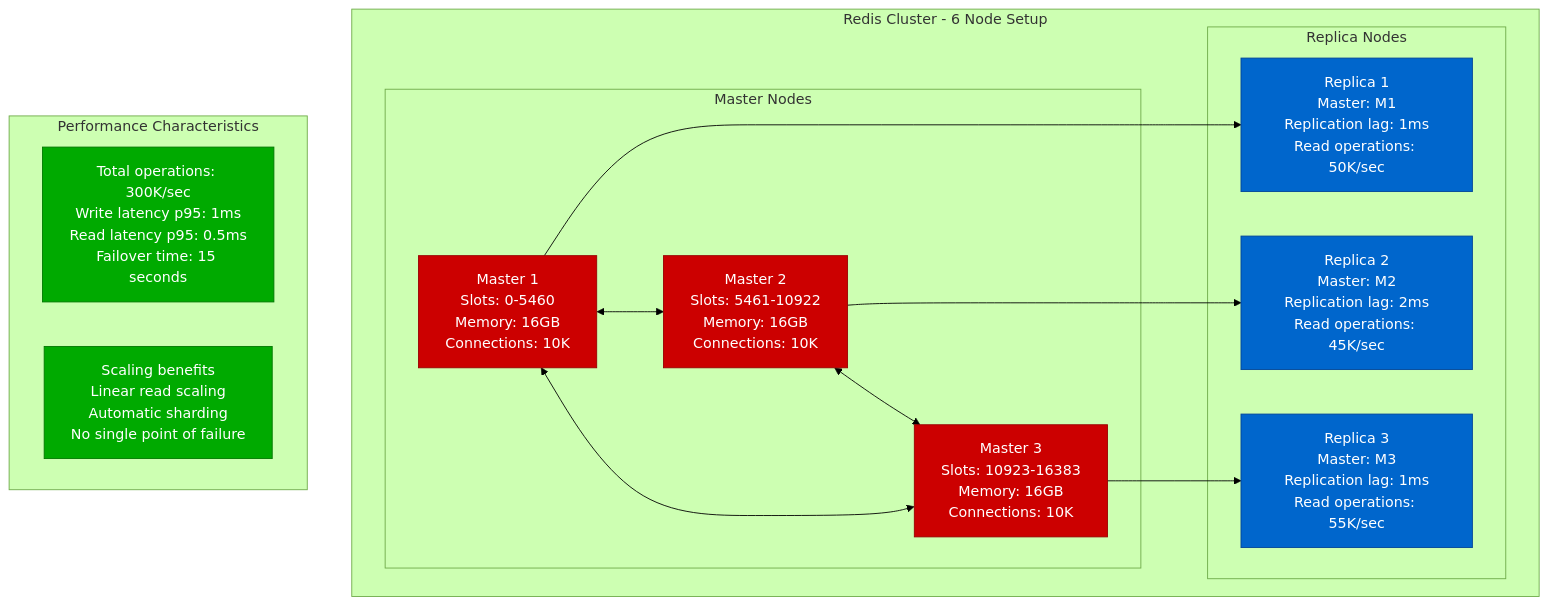
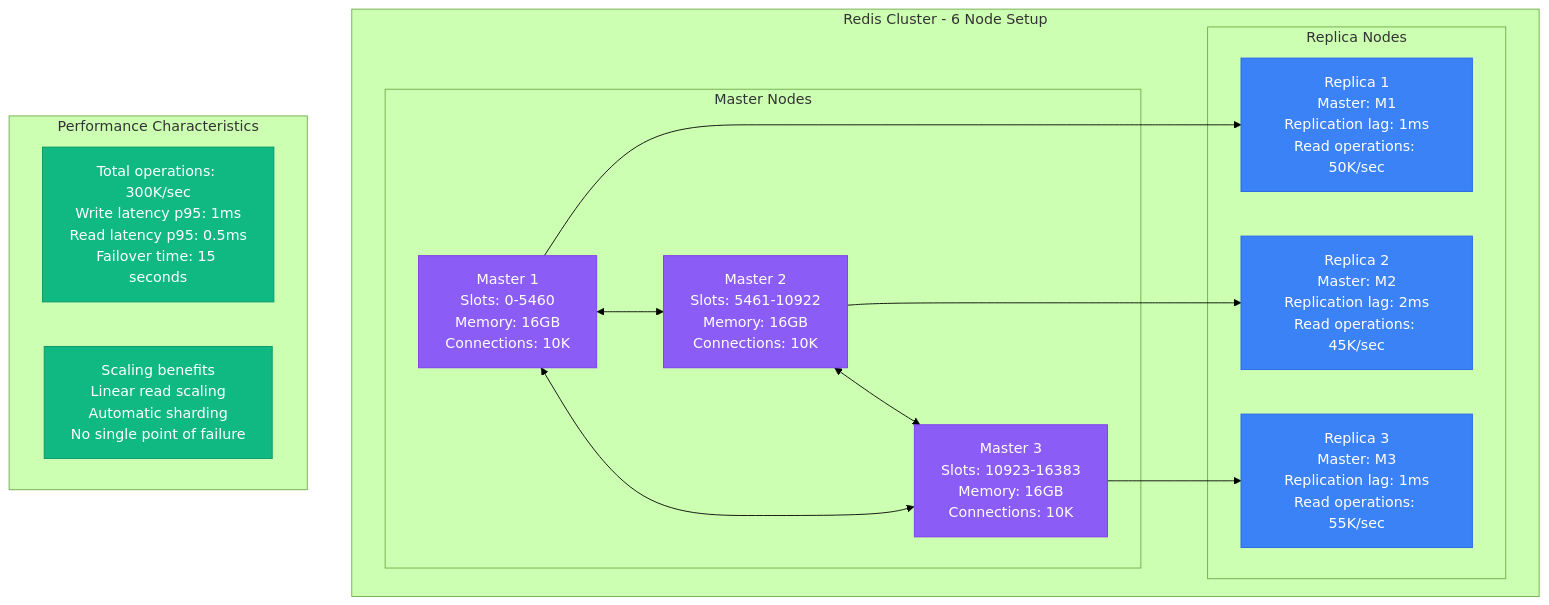
Before and after one commit to deepaucksharma/DS: the first of 15 diagrams in site/docs/performance/redis-performance-profile.md, drawn with Mermaid (forest theme). The commit also changed other lines of this file and 303 other files, not shown here.

````diff
--- a/site/docs/performance/redis-performance-profile.md
+++ b/site/docs/performance/redis-performance-profile.md
@@ -11,38 +11,38 @@
 ```mermaid
 graph TB
     subgraph "Redis Cluster - 6 Node Setup"
         subgraph "Master Nodes"
             M1[Master 1<br/>Slots: 0-5460<br/>Memory: 16GB<br/>Connections: 10K]
             M2[Master 2<br/>Slots: 5461-10922<br/>Memory: 16GB<br/>Connections: 10K]
             M3[Master 3<br/>Slots: 10923-16383<br/>Memory: 16GB<br/>Connections: 10K]
         end
 
         subgraph "Replica Nodes"
             R1[Replica 1<br/>Master: M1<br/>Replication lag: 1ms<br/>Read operations: 50K/sec]
             R2[Replica 2<br/>Master: M2<br/>Replication lag: 2ms<br/>Read operations: 45K/sec]
             R3[Replica 3<br/>Master: M3<br/>Replication lag: 1ms<br/>Read operations: 55K/sec]
         end
 
         M1 --> R1
         M2 --> R2
         M3 --> R3
 
         M1 <--> M2
         M2 <--> M3
         M3 <--> M1
     end
 
     subgraph "Performance Characteristics"
         P1[Total operations: 300K/sec<br/>Write latency p95: 1ms<br/>Read latency p95: 0.5ms<br/>Failover time: 15 seconds]
 
         P2[Scaling benefits<br/>Linear read scaling<br/>Automatic sharding<br/>No single point of failure]
     end
 
-    classDef masterStyle fill:#CC0000,stroke:#990000,color:#fff
-    classDef replicaStyle fill:#0066CC,stroke:#004499,color:#fff
-    classDef perfStyle fill:#00AA00,stroke:#007700,color:#fff
+    classDef masterStyle fill:#8B5CF6,stroke:#7C3AED,color:#fff
+    classDef replicaStyle fill:#3B82F6,stroke:#2563EB,color:#fff
+    classDef perfStyle fill:#10B981,stroke:#059669,color:#fff
 
     class M1,M2,M3 masterStyle
     class R1,R2,R3 replicaStyle
     class P1,P2 perfStyle
 ```
````
